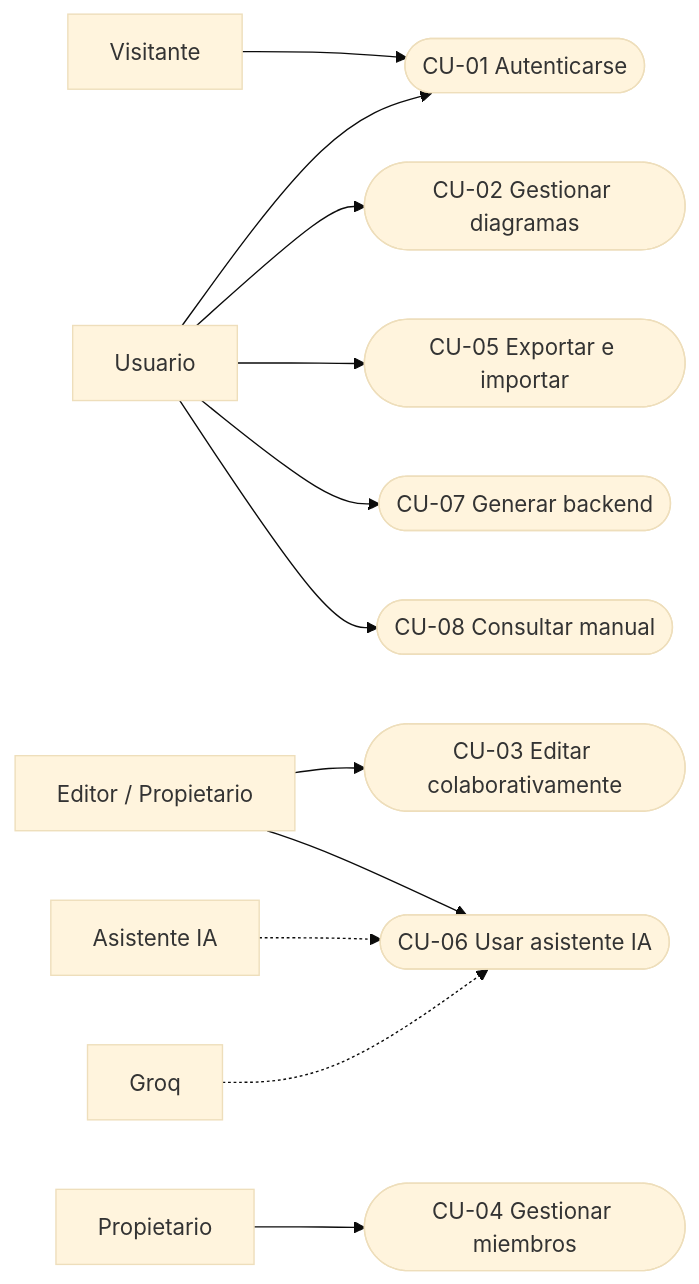
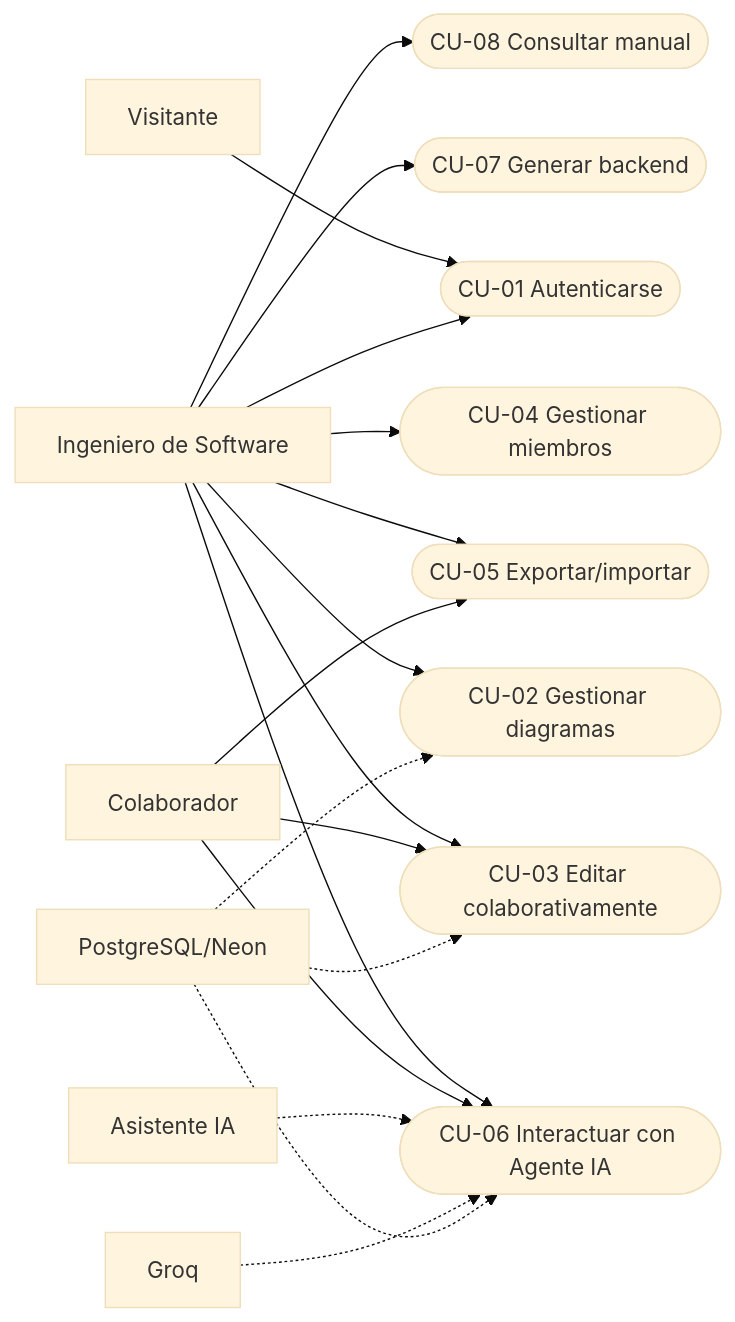
The first of 11 diagrams in Documentacion_Segundo_Parcial/02_Proceso.md (juandani11/case-tool-colaborativo), drawn with Mermaid (base theme) before and after one commit. The commit also changed other lines of this file and 42 other files, not shown here.

Commit message:
Release Final: IA Local (Service Discovery), Patrón Strategy (Groq/Ollama), Fase 3 (Solicitudes), UI/UX Dashboard y Documentación PUDS/UML 100% completa

````diff
--- a/Documentacion_Segundo_Parcial/02_Proceso.md
+++ b/Documentacion_Segundo_Parcial/02_Proceso.md
@@ -107,14 +62,20 @@
 ```mermaid
 flowchart LR
-    V[Visitante] --> CU01([CU-01 Autenticarse])
-    U[Usuario] --> CU01
-    U --> CU02([CU-02 Gestionar diagramas])
-    U --> CU05([CU-05 Exportar e importar])
-    U --> CU07([CU-07 Generar backend])
-    U --> CU08([CU-08 Consultar manual])
-    E[Editor / Propietario] --> CU03([CU-03 Editar colaborativamente])
-    E --> CU06([CU-06 Usar asistente IA])
-    O[Propietario] --> CU04([CU-04 Gestionar miembros])
-    IA[Asistente IA] -.-> CU06
-    G[Groq] -.-> CU06
+    V["Visitante"] --> CU01(["CU-01 Autenticarse"])
+    I["Ingeniero de Software"] --> CU01
+    I --> CU02(["CU-02 Gestionar diagramas"])
+    I --> CU03(["CU-03 Editar colaborativamente"])
+    I --> CU04(["CU-04 Gestionar miembros"])
+    I --> CU05(["CU-05 Exportar/importar"])
+    I --> CU06(["CU-06 Interactuar con Agente IA"])
+    I --> CU07(["CU-07 Generar backend"])
+    I --> CU08(["CU-08 Consultar manual"])
+    C["Colaborador"] --> CU03
+    C --> CU05
+    C --> CU06
+    IA["Asistente IA"] -.-> CU06
+    G["Groq"] -.-> CU06
+    DB["PostgreSQL/Neon"] -.-> CU02
+    DB -.-> CU03
+    DB -.-> CU06
 ```
````
